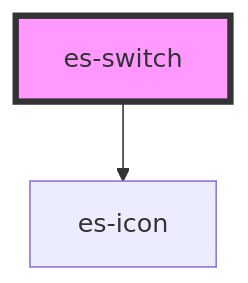
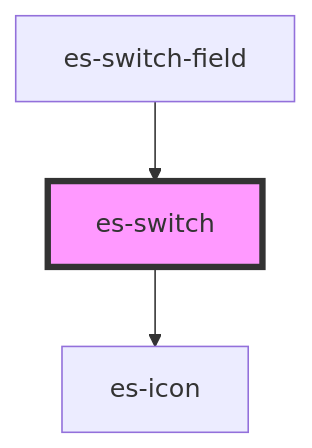
Before and after one commit to EventStore/Design-System: the diagram in packages/fields/src/components/es-switch/readme.md, drawn with Mermaid. The commit also changed other lines of this file and 7 other files, not shown here.

Commit message:
Add es-switch-field - es-switch wrapped in a field, for use in forms - add field part to Field

````diff
--- a/packages/fields/src/components/es-switch/readme.md
+++ b/packages/fields/src/components/es-switch/readme.md
@@ -87,5 +91,6 @@
 ```mermaid
 graph TD;
   es-switch --> es-icon
+  es-switch-field --> es-switch
   style es-switch fill:#f9f,stroke:#333,stroke-width:4px
 ```
````
